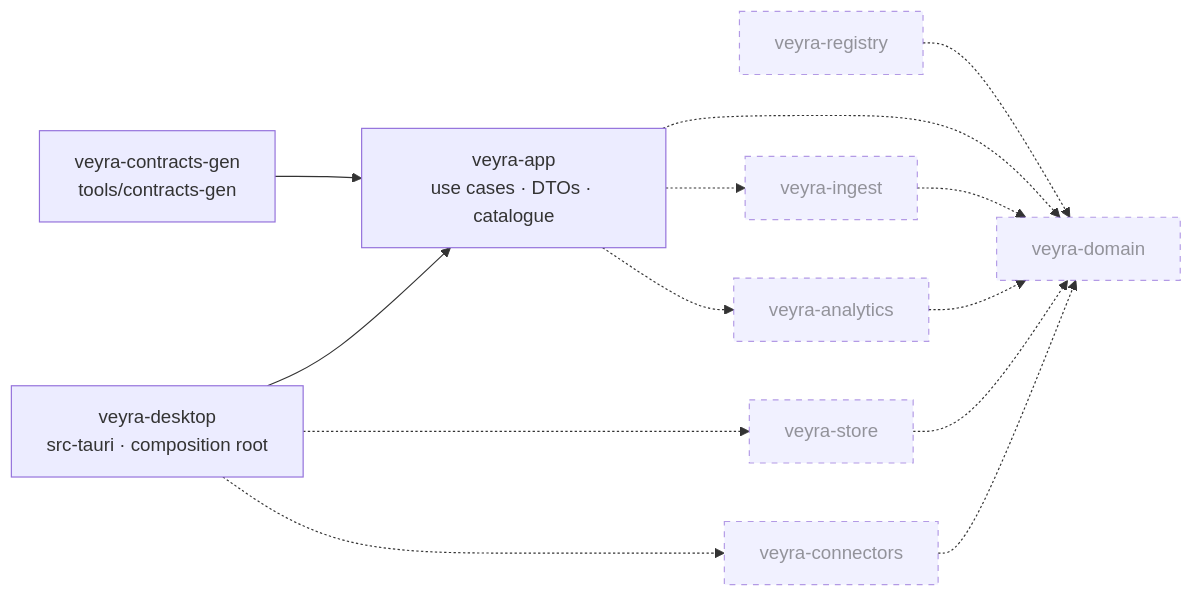
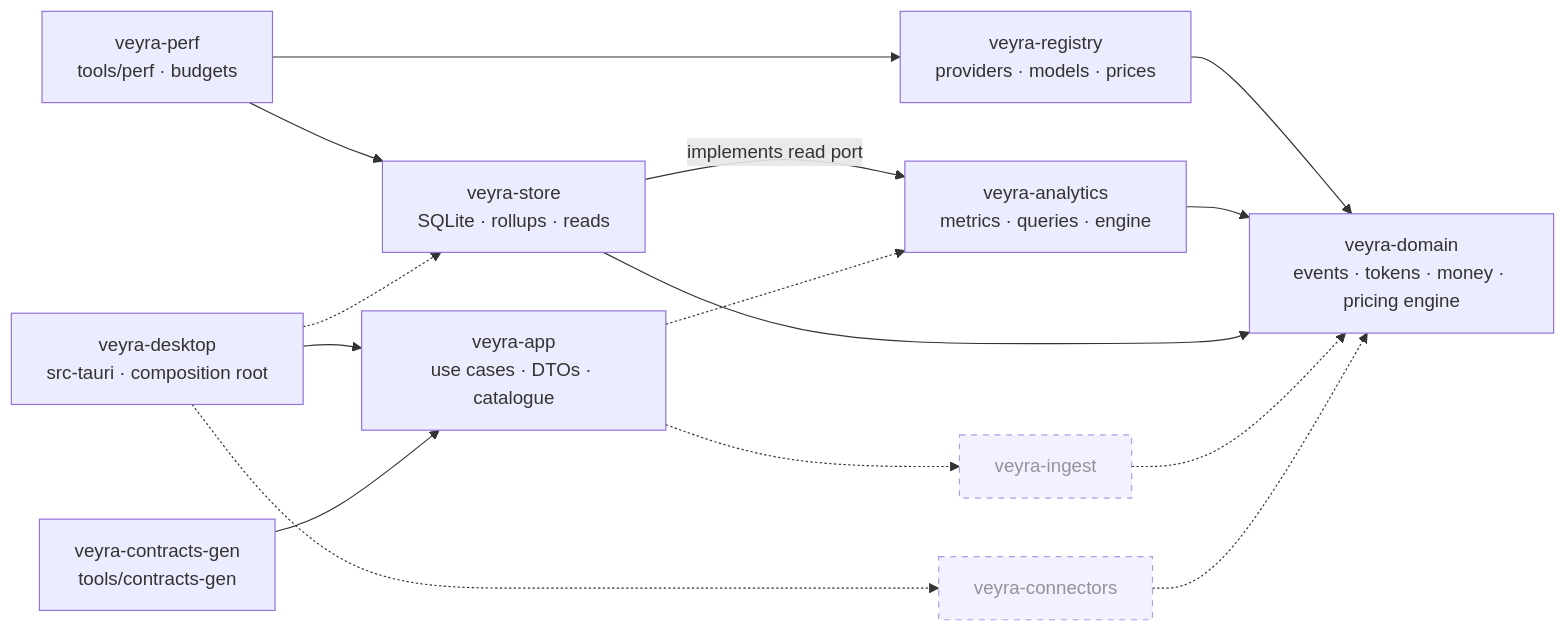
The fifth of 17 diagrams in README.md (akanjb/VEYRA), drawn with Mermaid before and after one commit. The commit also changed other lines of this file and 9 other files, not shown here.

````diff
--- a/README.md
+++ b/README.md
@@ -242,27 +251,30 @@
 ```mermaid
 flowchart LR
   desktop[veyra-desktop<br/>src-tauri · composition root]
   app[veyra-app<br/>use cases · DTOs · catalogue]
   gen[veyra-contracts-gen<br/>tools/contracts-gen]
-  dom[veyra-domain]:::planned
-  reg[veyra-registry]:::planned
+  perf[veyra-perf<br/>tools/perf · budgets]
+  dom[veyra-domain<br/>events · tokens · money · pricing engine]
+  reg[veyra-registry<br/>providers · models · prices]
+  ana[veyra-analytics<br/>metrics · queries · engine]
+  sto[veyra-store<br/>SQLite · rollups · reads]
   con[veyra-connectors]:::planned
   ing[veyra-ingest]:::planned
-  sto[veyra-store]:::planned
-  ana[veyra-analytics]:::planned
 
   desktop --> app
   gen --> app
-  app -.-> dom
+  perf --> sto
+  perf --> reg
+  reg --> dom
+  ana --> dom
+  sto --> dom
+  sto -->|implements read port| ana
   app -.-> ing
   app -.-> ana
   desktop -.-> sto
   desktop -.-> con
   ing -.-> dom
-  ana -.-> dom
   con -.-> dom
-  sto -.-> dom
-  reg -.-> dom
 
   classDef planned stroke-dasharray: 5 5,opacity:0.7
 ```
````
